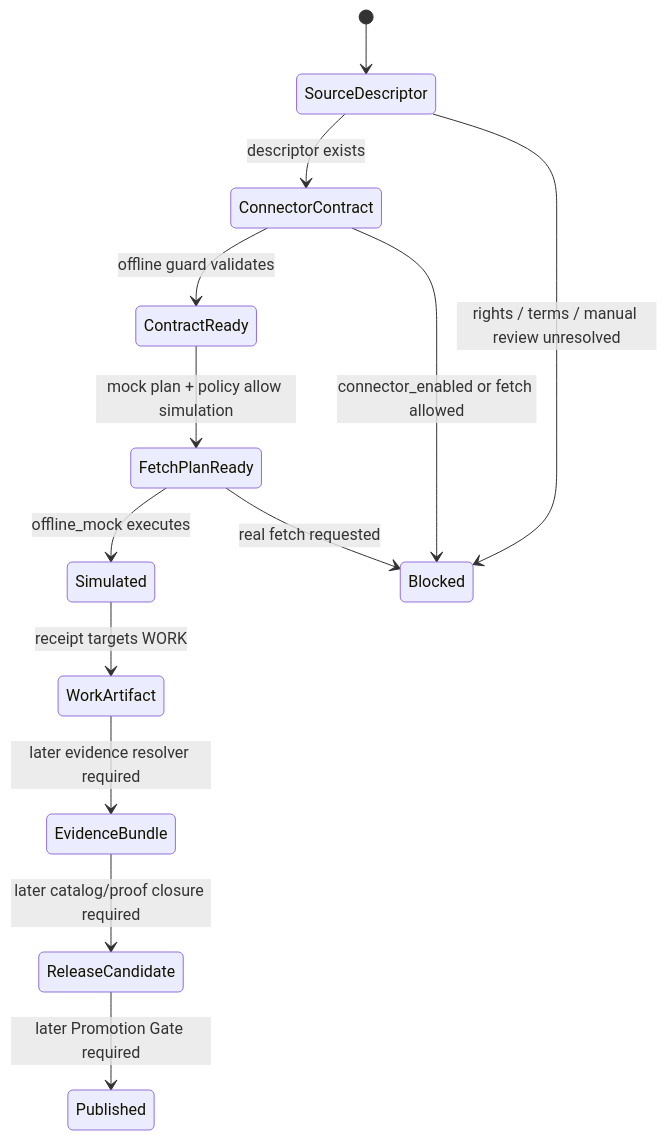
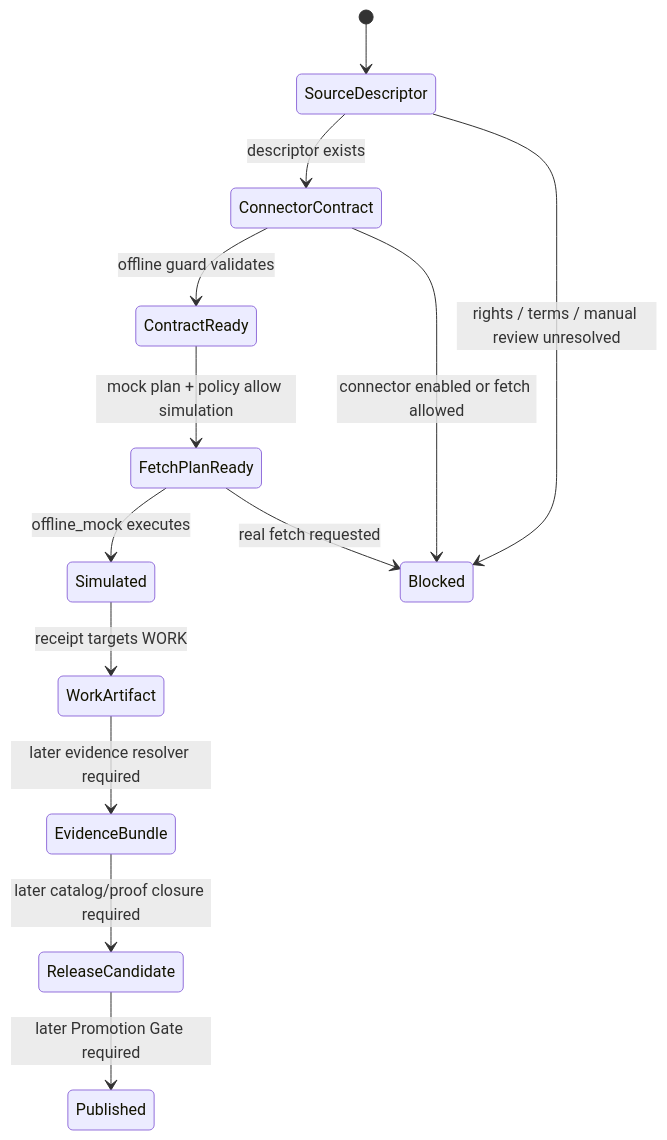
Before and after one commit to bartytime4life/Kansas-Frontier-Matrix: the second of 2 diagrams in docs/adr/ADR-0306-hydrology-connector-contract-and-offline-simulation.md, drawn with Mermaid. The commit also changed other lines of this file, not shown here.

````diff
--- a/docs/adr/ADR-0306-hydrology-connector-contract-and-offline-simulation.md
+++ b/docs/adr/ADR-0306-hydrology-connector-contract-and-offline-simulation.md
@@ -270,16 +289,16 @@
 ```mermaid
 stateDiagram-v2
   [*] --> SourceDescriptor
   SourceDescriptor --> ConnectorContract: descriptor exists
   ConnectorContract --> ContractReady: offline guard validates
   ContractReady --> FetchPlanReady: mock plan + policy allow simulation
   FetchPlanReady --> Simulated: offline_mock executes
   FetchPlanReady --> Blocked: real fetch requested
   Simulated --> WorkArtifact: receipt targets WORK
   WorkArtifact --> EvidenceBundle: later evidence resolver required
   EvidenceBundle --> ReleaseCandidate: later catalog/proof closure required
   ReleaseCandidate --> Published: later Promotion Gate required
 
   SourceDescriptor --> Blocked: rights / terms / manual review unresolved
-  ConnectorContract --> Blocked: connector_enabled or fetch allowed
+  ConnectorContract --> Blocked: connector enabled or fetch allowed
 ```
````
